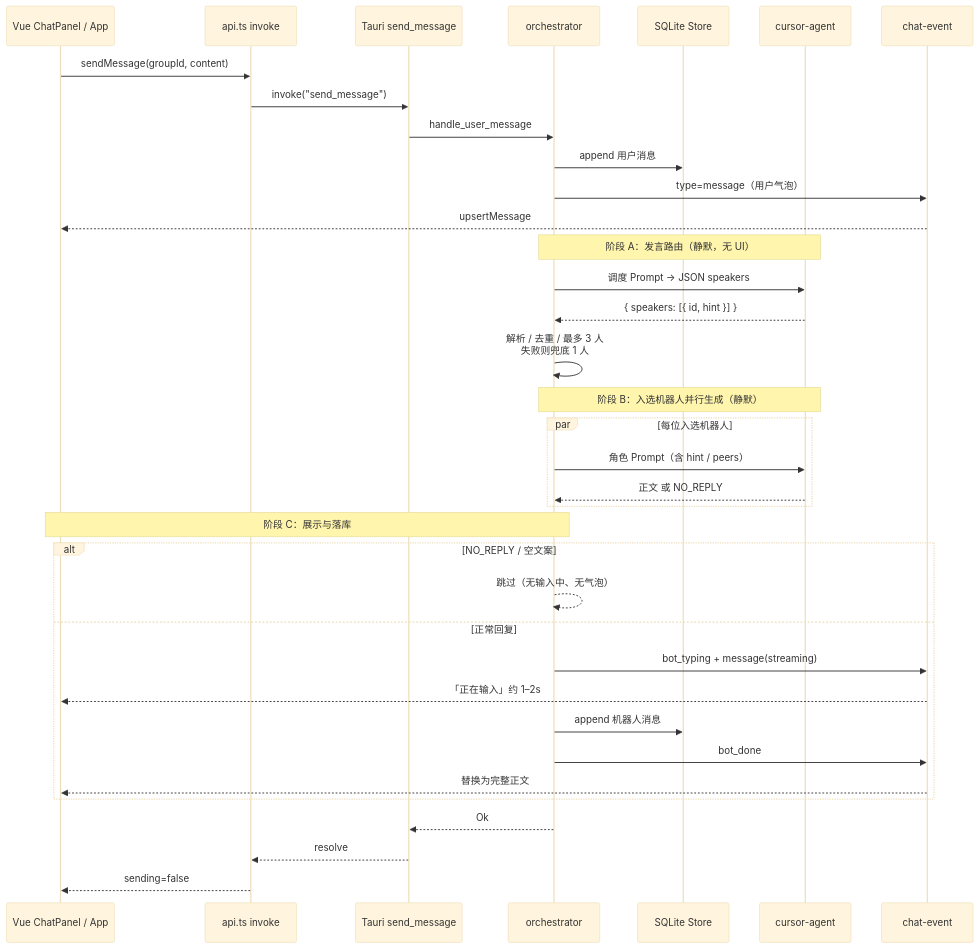
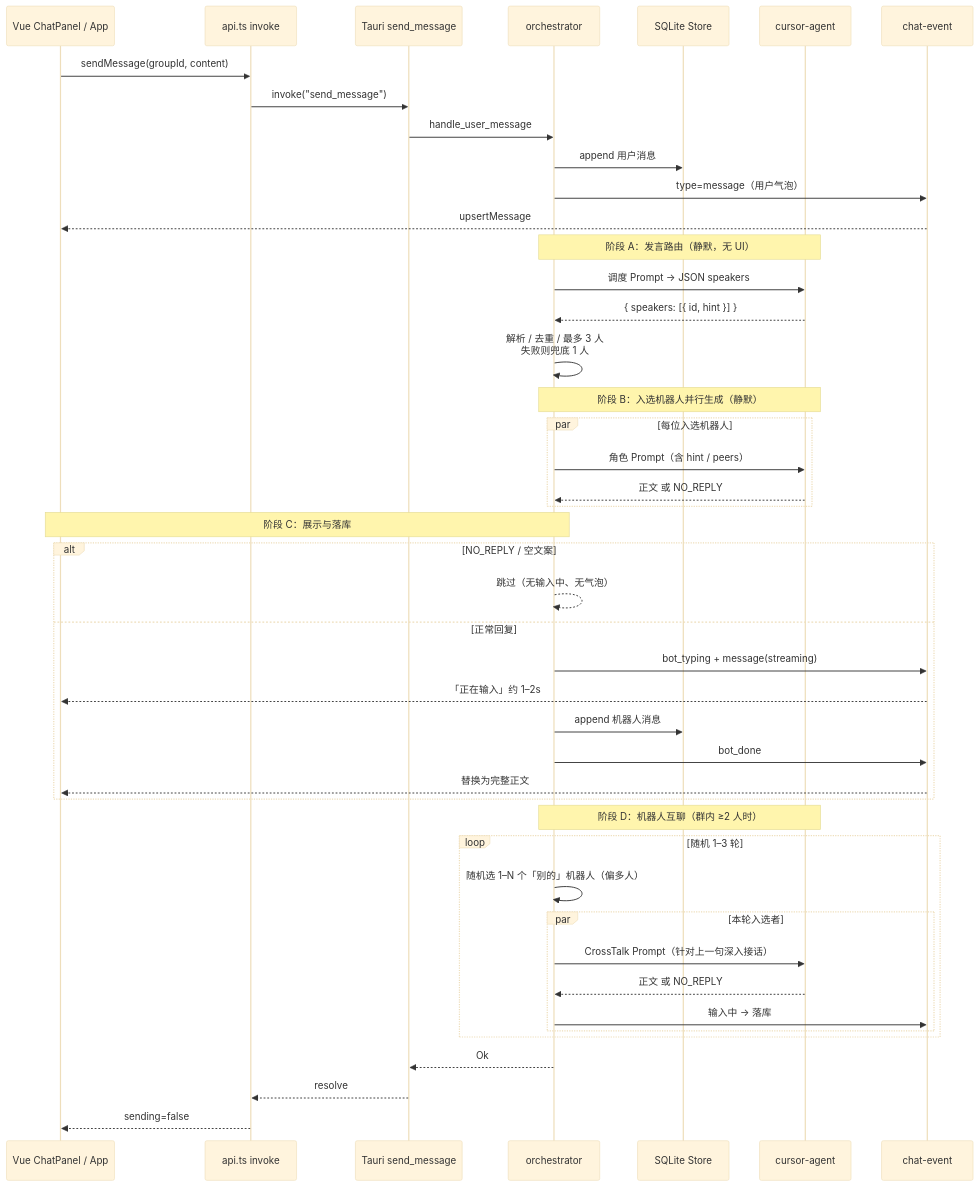
The diagram in docs/message-flow.md (viile/ai_bot), drawn with Mermaid (base theme) before and after one commit. The commit also changed other lines of this file and 16 other files, not shown here.

````diff
--- a/docs/message-flow.md
+++ b/docs/message-flow.md
@@ -7,44 +7,54 @@
 ```mermaid
 sequenceDiagram
   participant UI as Vue ChatPanel / App
   participant API as api.ts invoke
   participant CMD as Tauri send_message
   participant ORCH as orchestrator
   participant DB as SQLite Store
   participant CA as cursor-agent
   participant EV as chat-event
 
   UI->>API: sendMessage(groupId, content)
   API->>CMD: invoke("send_message")
   CMD->>ORCH: handle_user_message
 
   ORCH->>DB: append 用户消息
   ORCH->>EV: type=message（用户气泡）
   EV-->>UI: upsertMessage
 
   Note over ORCH,CA: 阶段 A：发言路由（静默，无 UI）
   ORCH->>CA: 调度 Prompt → JSON speakers
   CA-->>ORCH: { speakers: [{ id, hint }] }
   ORCH->>ORCH: 解析 / 去重 / 最多 3 人<br/>失败则兜底 1 人
 
   Note over ORCH,CA: 阶段 B：入选机器人并行生成（静默）
   par 每位入选机器人
     ORCH->>CA: 角色 Prompt（含 hint / peers）
     CA-->>ORCH: 正文 或 NO_REPLY
   end
 
   Note over ORCH,UI: 阶段 C：展示与落库
   alt NO_REPLY / 空文案
     ORCH-->>ORCH: 跳过（无输入中、无气泡）
   else 正常回复
     ORCH->>EV: bot_typing + message(streaming)
     EV-->>UI: 「正在输入」约 1–2s
     ORCH->>DB: append 机器人消息
     ORCH->>EV: bot_done
     EV-->>UI: 替换为完整正文
   end
 
+  Note over ORCH,CA: 阶段 D：机器人互聊（群内 ≥2 人时）
+  loop 随机 1–3 轮
+    ORCH->>ORCH: 随机选 1–N 个「别的」机器人（偏多人）
+    par 本轮入选者
+      ORCH->>CA: CrossTalk Prompt（针对上一句深入接话）
+      CA-->>ORCH: 正文 或 NO_REPLY
+      ORCH->>EV: 输入中 → 落库
+    end
+  end
+
   ORCH-->>CMD: Ok
   CMD-->>API: resolve
   API-->>UI: sending=false
 ```
````
